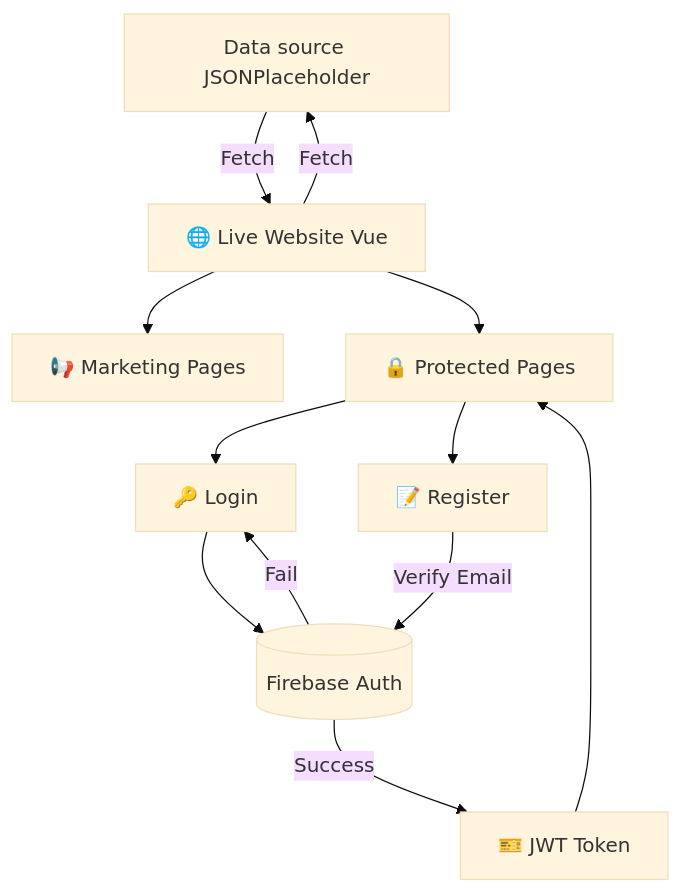
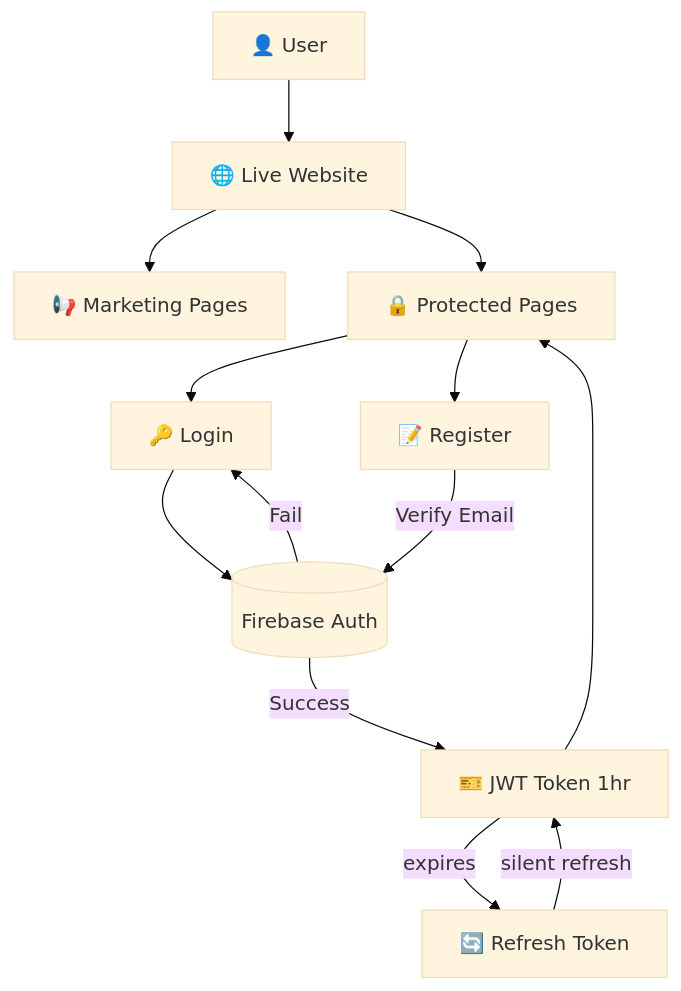
One commit to DejanVjestica/vuevibe changed the second of 2 diagrams in README.md. Above: the diagram before and after it, drawn with Mermaid (base theme). The commit also changed other lines of this file, not shown here.

````diff
--- a/README.md
+++ b/README.md
@@ -66,20 +104,20 @@
 ```mermaid
 flowchart TD
-    Data[Data source JSONPlaceholder] -->|Fetch| Site[🌐 Live Website Vue]
-    Site -->|Fetch| Data
+    User[👤 User] --> Site[🌐 Live Website]
 
     Site --> Marketing[📢 Marketing Pages]
     Site --> Protected[🔒 Protected Pages]
 
     Protected --> Login[🔑 Login]
     Protected --> Register[📝 Register]
 
     Login --> FB[(Firebase Auth)]
     Register -->|Verify Email| FB
 
-    FB -->|Success| JWT[🎫 JWT Token]
+    FB -->|Success| JWT[🎫 JWT Token 1hr]
     FB -->|Fail| Login
 
     JWT --> Protected
-
+    JWT -->|expires| RT[🔄 Refresh Token]
+    RT -->|silent refresh| JWT
 ```
````
